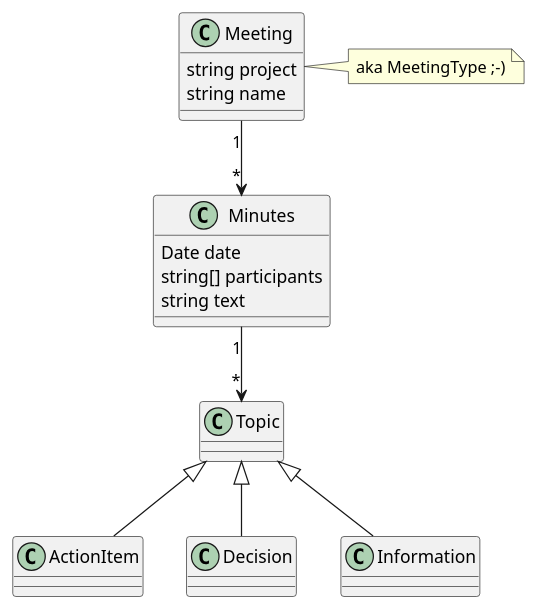
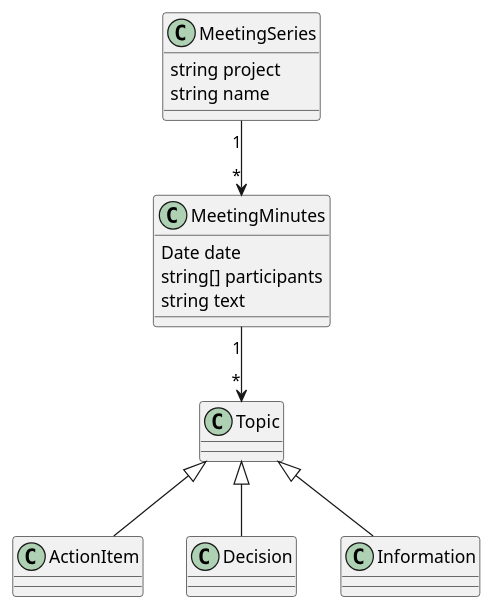
Before and after one commit to 4minitz/4minitz: the diagram in doc/developer/classdiagram1.puml, drawn with PlantUML. The commit also changed 6 other files, not shown here.

Commit message:
Refactoring: Collection rename Meeting => MeetingSeries, Minutes=> MeetingMinutes

```diff
--- a/doc/developer/classdiagram1.puml
+++ b/doc/developer/classdiagram1.puml
@@ -1,21 +1,20 @@
 @startuml
 
-Meeting "1" --> "*" Minutes
-Minutes "1" --> "*" Topic
+MeetingSeries "1" --> "*" MeetingMinutes
+MeetingMinutes "1" --> "*" Topic
 Topic <|-- ActionItem
 Topic <|-- Decision
 Topic <|-- Information
 
-note right of Meeting: aka MeetingType ;-)
 
-class Meeting {
+class MeetingSeries {
     string project
     string name
 }
 
-class Minutes {
+class MeetingMinutes {
     Date date
     string[] participants
     string text
 }
 @enduml
```
